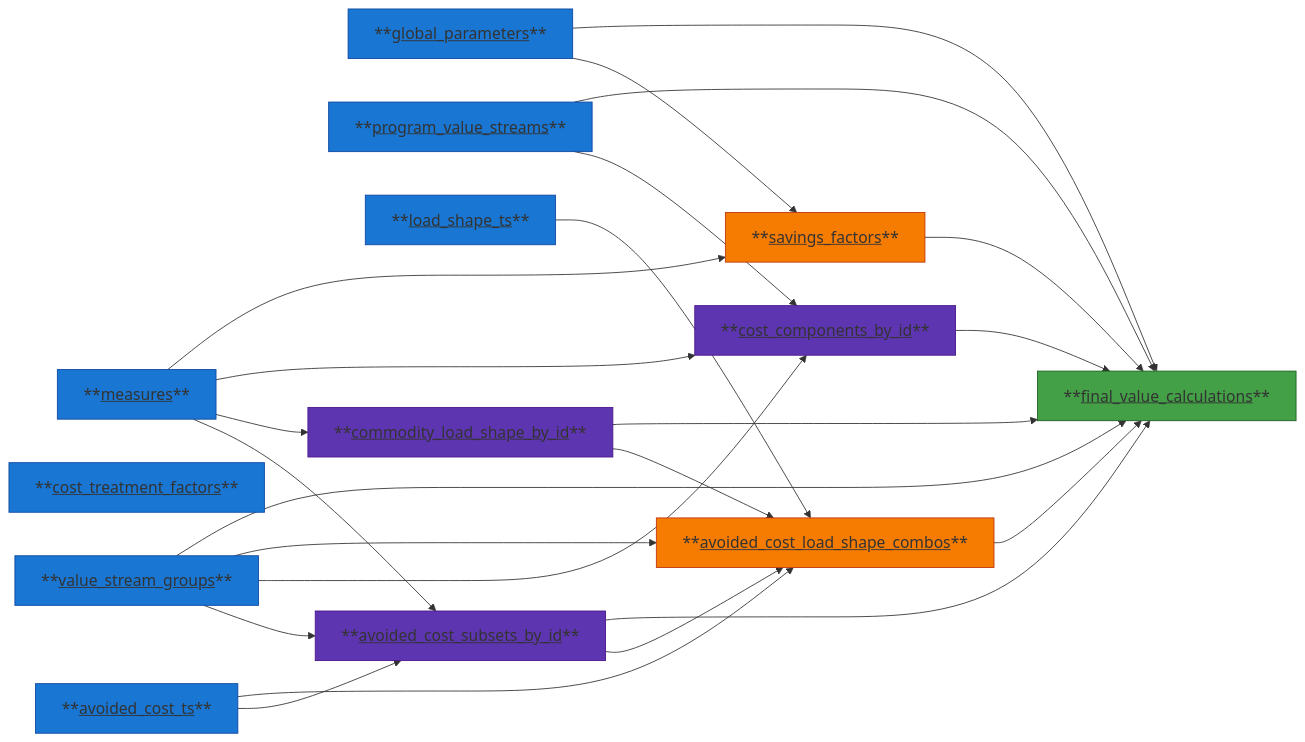
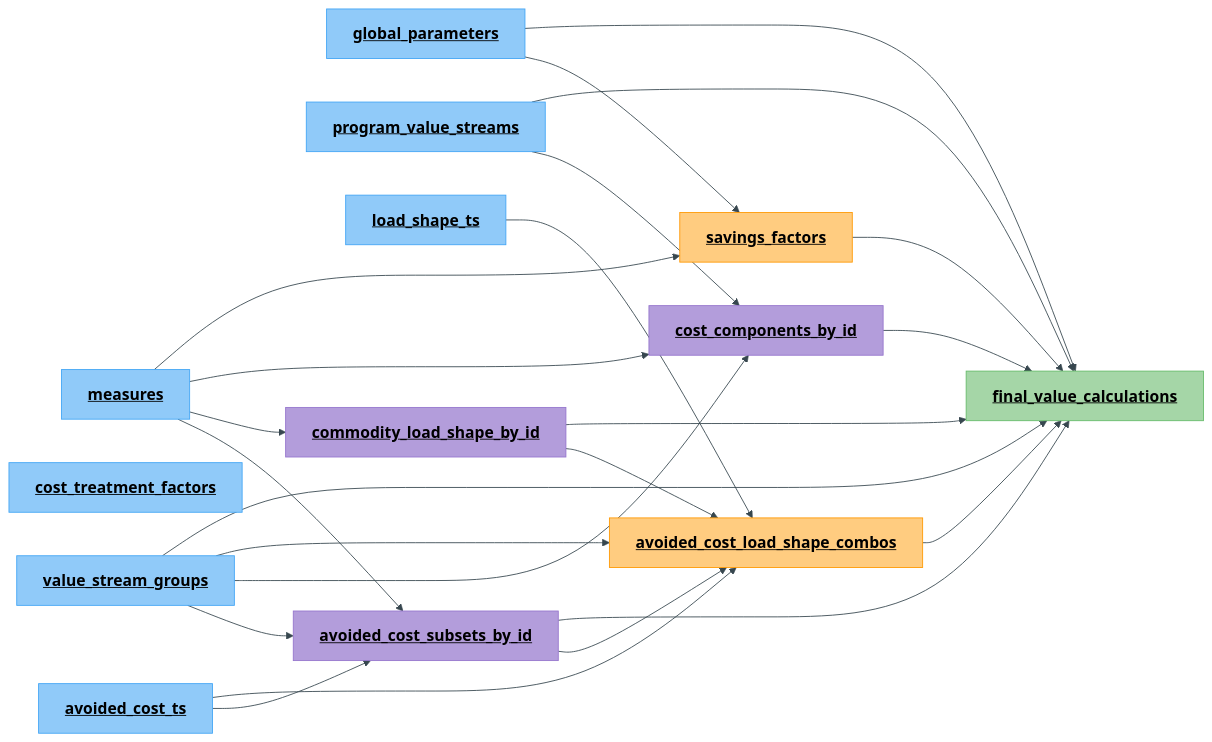
The third of 3 diagrams in README.md (openbca/openbca), drawn with Mermaid before and after one commit. The commit also changed other lines of this file and 15 other files, not shown here.

````diff
--- a/README.md
+++ b/README.md
@@ -160,67 +160,67 @@
 ```mermaid
-%%{init: {'themeVariables': {'fontSize': '18px'}}}%%
+%%{init: {'theme': 'base', 'themeVariables': {'fontSize': '18px', 'primaryTextColor': '#000000', 'secondaryTextColor': '#000000', 'tertiaryTextColor': '#000000', 'primaryBorderColor': '#37474f', 'lineColor': '#37474f'}}}%%
 flowchart LR
 
-    measures[**<u>measures</u>**]
-    global_parameters[**<u>global_parameters</u>**]
-    cost_treatment_factors[**<u>cost_treatment_factors</u>**]
-    program_value_streams[**<u>program_value_streams</u>**]
-    value_stream_groups[**<u>value_stream_groups</u>**]
-    load_shape_ts[**<u>load_shape_ts</u>**]
-    avoided_cost_ts[**<u>avoided_cost_ts</u>**]
+    measures["`**<u>measures</u>**`"]
+    global_parameters["`**<u>global_parameters</u>**`"]
+    cost_treatment_factors["`**<u>cost_treatment_factors</u>**`"]
+    program_value_streams["`**<u>program_value_streams</u>**`"]
+    value_stream_groups["`**<u>value_stream_groups</u>**`"]
+    load_shape_ts["`**<u>load_shape_ts</u>**`"]
+    avoided_cost_ts["`**<u>avoided_cost_ts</u>**`"]
     
-    avoided_cost_subsets_by_id[**<u>avoided_cost_subsets_by_id</u>**]
-    commodity_load_shape_by_id[**<u>commodity_load_shape_by_id</u>**]
-    cost_components_by_id[**<u>cost_components_by_id</u>**]
+    avoided_cost_subsets_by_id["`**<u>avoided_cost_subsets_by_id</u>**`"]
+    commodity_load_shape_by_id["`**<u>commodity_load_shape_by_id</u>**`"]
+    cost_components_by_id["`**<u>cost_components_by_id</u>**`"]
 
-    avoided_cost_load_shape_combos[**<u>avoided_cost_load_shape_combos</u>**]
-    savings_factors[**<u>savings_factors</u>**]
+    avoided_cost_load_shape_combos["`**<u>avoided_cost_load_shape_combos</u>**`"]
+    savings_factors["`**<u>savings_factors</u>**`"]
 
-    final_value_calculations[**<u>final_value_calculations</u>**]
+    final_value_calculations["`**<u>final_value_calculations</u>**`"]
 
 measures-->avoided_cost_subsets_by_id
 avoided_cost_ts-->avoided_cost_subsets_by_id
 value_stream_groups-->avoided_cost_subsets_by_id
 
 measures-->commodity_load_shape_by_id
 
 measures-->cost_components_by_id
 value_stream_groups-->cost_components_by_id
 program_value_streams-->cost_components_by_id
 
 avoided_cost_ts-->avoided_cost_load_shape_combos
 load_shape_ts-->avoided_cost_load_shape_combos
 value_stream_groups-->avoided_cost_load_shape_combos
 commodity_load_shape_by_id-->avoided_cost_load_shape_combos
 avoided_cost_subsets_by_id-->avoided_cost_load_shape_combos
 
 measures-->savings_factors
 global_parameters-->savings_factors
 
 global_parameters-->final_value_calculations
 value_stream_groups-->final_value_calculations
 program_value_streams-->final_value_calculations
 commodity_load_shape_by_id-->final_value_calculations
 avoided_cost_subsets_by_id-->final_value_calculations
 avoided_cost_load_shape_combos-->final_value_calculations
 cost_components_by_id-->final_value_calculations
 savings_factors-->final_value_calculations
 
     %% Base
-    style measures fill:#1976d2,stroke:#0d47a1
-    style global_parameters fill:#1976d2,stroke:#0d47a1
-    style cost_treatment_factors fill:#1976d2,stroke:#0d47a1
-    style program_value_streams fill:#1976d2,stroke:#0d47a1
-    style value_stream_groups fill:#1976d2,stroke:#0d47a1
-    style load_shape_ts fill:#1976d2,stroke:#0d47a1
-    style avoided_cost_ts fill:#1976d2,stroke:#0d47a1
+    style measures fill:#90caf9,stroke:#42a5f5
+    style global_parameters fill:#90caf9,stroke:#42a5f5
+    style cost_treatment_factors fill:#90caf9,stroke:#42a5f5
+    style program_value_streams fill:#90caf9,stroke:#42a5f5
+    style value_stream_groups fill:#90caf9,stroke:#42a5f5
+    style load_shape_ts fill:#90caf9,stroke:#42a5f5
+    style avoided_cost_ts fill:#90caf9,stroke:#42a5f5
     %% Mappings
-    style avoided_cost_subsets_by_id fill:#5e35b1,stroke:#4a148c
-    style commodity_load_shape_by_id fill:#5e35b1,stroke:#4a148c
-    style cost_components_by_id fill:#5e35b1,stroke:#4a148c
+    style avoided_cost_subsets_by_id fill:#b39ddb,stroke:#9575cd
+    style commodity_load_shape_by_id fill:#b39ddb,stroke:#9575cd
+    style cost_components_by_id fill:#b39ddb,stroke:#9575cd
     %% Precompute
-    style avoided_cost_load_shape_combos fill:#f57c00,stroke:#bf360c
-    style savings_factors fill:#f57c00,stroke:#bf360c
+    style avoided_cost_load_shape_combos fill:#ffcc80,stroke:#ff9800
+    style savings_factors fill:#ffcc80,stroke:#ff9800
     %% Finalization
-    style final_value_calculations fill:#43a047,stroke:#1b5e20
+    style final_value_calculations fill:#a5d6a7,stroke:#66bb6a
 ```
````
